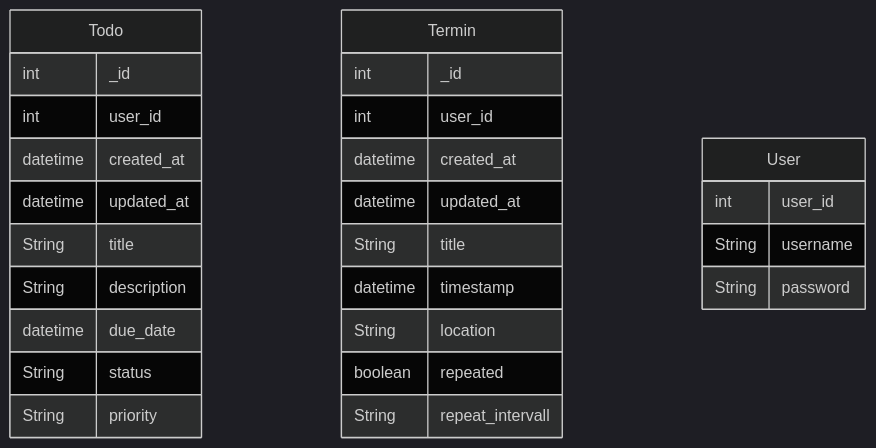
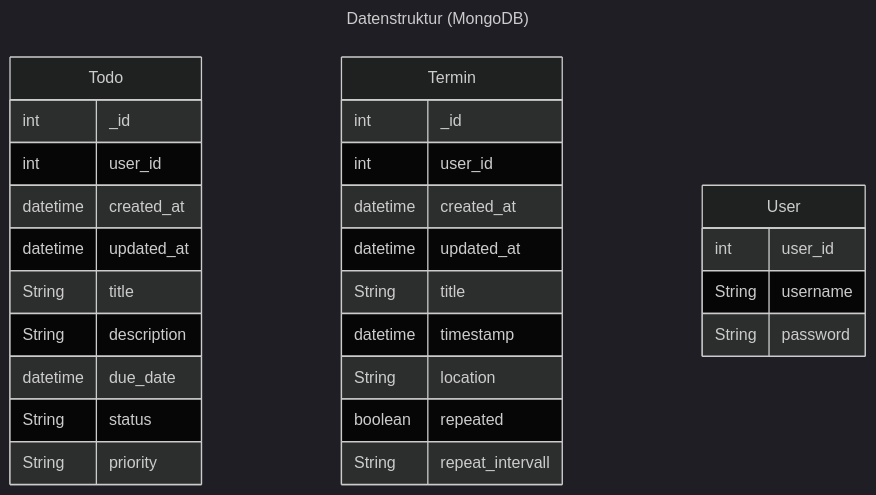
One commit to StinaHoehn/todofse changed the first of 3 diagrams in README.md. Above: the diagram before and after it, drawn with Mermaid (dark theme). The commit also changed other lines of this file, not shown here.

First line of the commit message:
Update README with new architecture diagrams

````diff
--- a/README.md
+++ b/README.md
@@ -10,32 +10,35 @@
 ```mermaid
+---
+title: Datenstruktur (MongoDB)
+---
 erDiagram
     Todo{
         int _id
         int user_id
         datetime created_at
         datetime updated_at
         String title
         String description
         datetime due_date
         String status
         String priority
     }
     
     Termin{
         int _id
         int user_id
         datetime created_at
         datetime updated_at
         String title
         datetime timestamp
         String location
         boolean repeated
         String repeat_intervall
     }
     
     User{
         int user_id
         String username
         String password
     }
 ```
````
